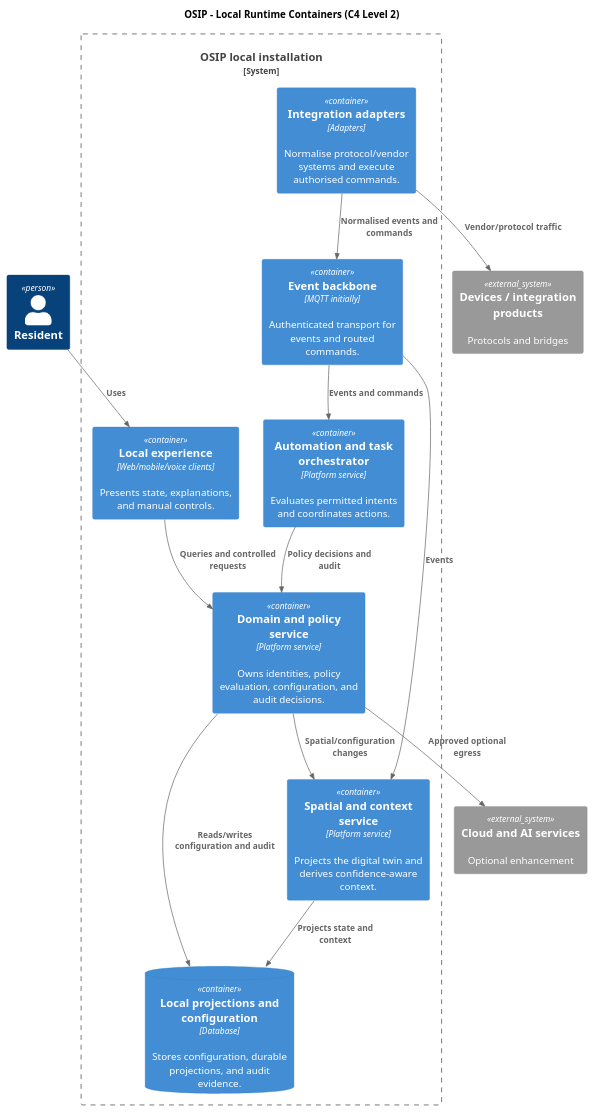
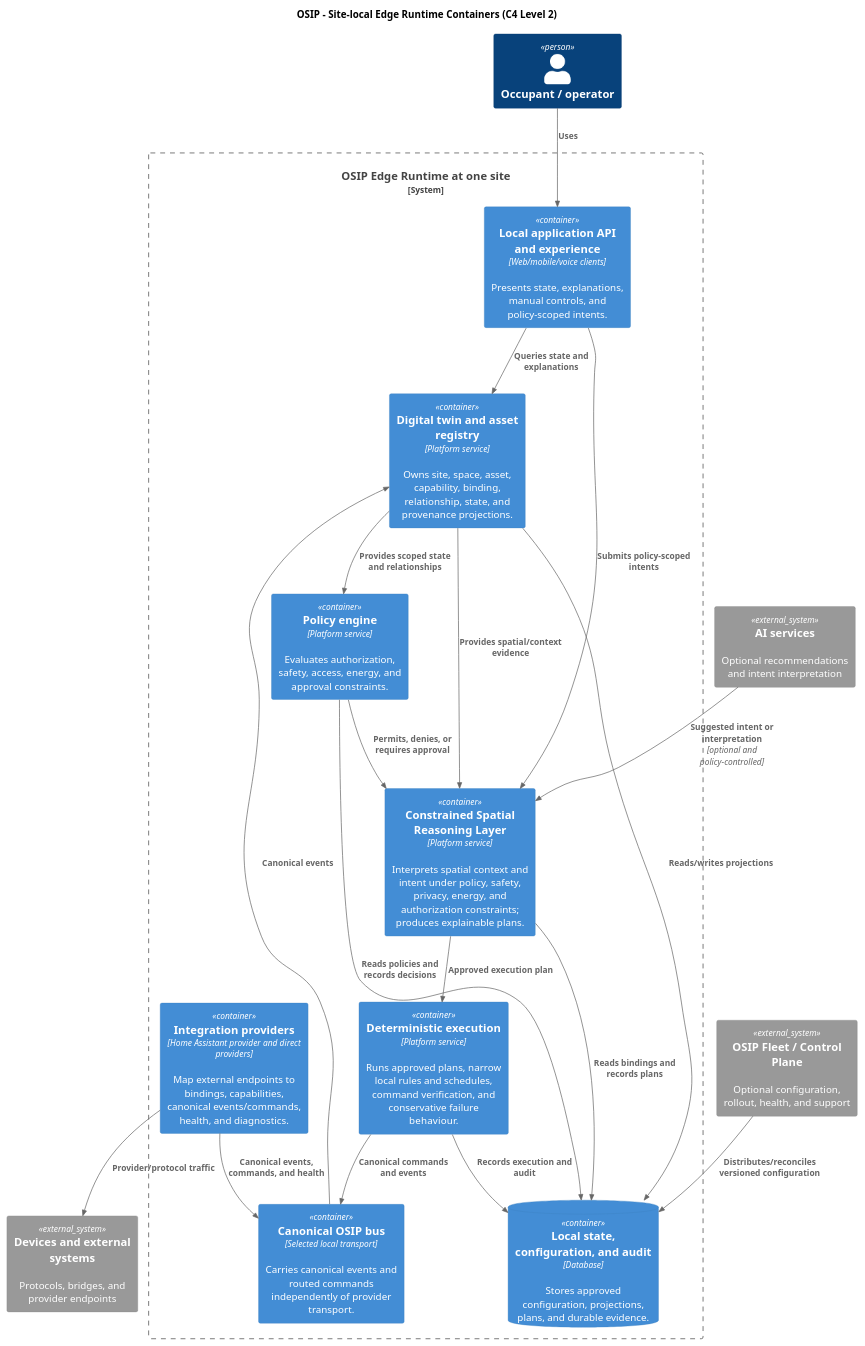
The diagram in diagrams/c4-container-view.puml (3hllc/osip-docs), drawn with PlantUML before and after one commit. The commit also changed 91 other files, not shown here.

Commit message:
Define OSIP reasoning and deployment architecture

```diff
--- a/diagrams/c4-container-view.puml
+++ b/diagrams/c4-container-view.puml
@@ -1,30 +1,38 @@
 @startuml c4-container-view
 !include <C4/C4_Container>
-title OSIP - Local Runtime Containers (C4 Level 2)
+title OSIP - Site-local Edge Runtime Containers (C4 Level 2)
 top to bottom direction
 
-Person(resident, "Resident")
-System_Boundary(osip, "OSIP local installation") {
-  Container(ui, "Local experience", "Web/mobile/voice clients", "Presents state, explanations, and manual controls.")
-  Container(core, "Domain and policy service", "Platform service", "Owns identities, policy evaluation, configuration, and audit decisions.")
-  Container(context, "Spatial and context service", "Platform service", "Projects the digital twin and derives confidence-aware context.")
-  Container(automation, "Automation and task orchestrator", "Platform service", "Evaluates permitted intents and coordinates actions.")
-  Container(bus, "Event backbone", "MQTT initially", "Authenticated transport for events and routed commands.")
-  Container(adapter, "Integration adapters", "Adapters", "Normalise protocol/vendor systems and execute authorised commands.")
-  ContainerDb(state, "Local projections and configuration", "Database", "Stores configuration, durable projections, and audit evidence.")
+Person(occupant, "Occupant / operator")
+System_Boundary(edge, "OSIP Edge Runtime at one site") {
+  Container(ui, "Local application API and experience", "Web/mobile/voice clients", "Presents state, explanations, manual controls, and policy-scoped intents.")
+  Container(twin, "Digital twin and asset registry", "Platform service", "Owns site, space, asset, capability, binding, relationship, state, and provenance projections.")
+  Container(policy, "Policy engine", "Platform service", "Evaluates authorization, safety, access, energy, and approval constraints.")
+  Container(reasoning, "Constrained Spatial Reasoning Layer", "Platform service", "Interprets spatial context and intent under policy, safety, privacy, energy, and authorization constraints; produces explainable plans.")
+  Container(execution, "Deterministic execution", "Platform service", "Runs approved plans, narrow local rules and schedules, command verification, and conservative failure behaviour.")
+  Container(bus, "Canonical OSIP bus", "Selected local transport", "Carries canonical events and routed commands independently of provider transport.")
+  Container(provider, "Integration providers", "Home Assistant provider and direct providers", "Map external endpoints to bindings, capabilities, canonical events/commands, health, and diagnostics.")
+  ContainerDb(state, "Local state, configuration, and audit", "Database", "Stores approved configuration, projections, plans, and durable evidence.")
 }
-System_Ext(devices, "Devices / integration products", "Protocols and bridges")
-System_Ext(cloud, "Cloud and AI services", "Optional enhancement")
+System_Ext(devices, "Devices and external systems", "Protocols, bridges, and provider endpoints")
+System_Ext(control, "OSIP Fleet / Control Plane", "Optional configuration, rollout, health, and support")
+System_Ext(ai, "AI services", "Optional recommendations and intent interpretation")
 
-Rel(resident, ui, "Uses")
-Rel(ui, core, "Queries and controlled requests")
-Rel(core, state, "Reads/writes configuration and audit")
-Rel(core, context, "Spatial/configuration changes")
-Rel(context, state, "Projects state and context")
-Rel(bus, context, "Events")
-Rel(bus, automation, "Events and commands")
-Rel(automation, core, "Policy decisions and audit")
-Rel(adapter, bus, "Normalised events and commands")
-Rel(adapter, devices, "Vendor/protocol traffic")
-Rel(core, cloud, "Approved optional egress")
+Rel(occupant, ui, "Uses")
+Rel(ui, twin, "Queries state and explanations")
+Rel(ui, reasoning, "Submits policy-scoped intents")
+Rel(twin, policy, "Provides scoped state and relationships")
+Rel(twin, reasoning, "Provides spatial/context evidence")
+Rel(policy, reasoning, "Permits, denies, or requires approval")
+Rel(reasoning, execution, "Approved execution plan")
+Rel(execution, bus, "Canonical commands and events")
+Rel(bus, twin, "Canonical events")
+Rel(provider, bus, "Canonical events, commands, and health")
+Rel(provider, devices, "Provider/protocol traffic")
+Rel(twin, state, "Reads/writes projections")
+Rel(policy, state, "Reads policies and records decisions")
+Rel(reasoning, state, "Reads bindings and records plans")
+Rel(execution, state, "Records execution and audit")
+Rel(control, state, "Distributes/reconciles versioned configuration")
+Rel(ai, reasoning, "Suggested intent or interpretation", "optional and policy-controlled")
 @enduml
```
